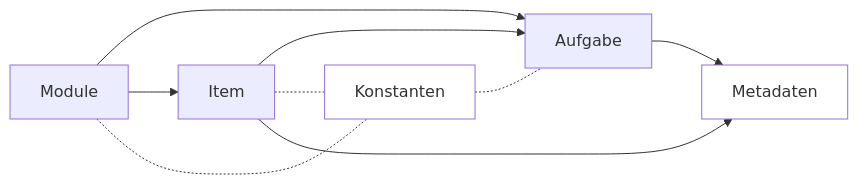
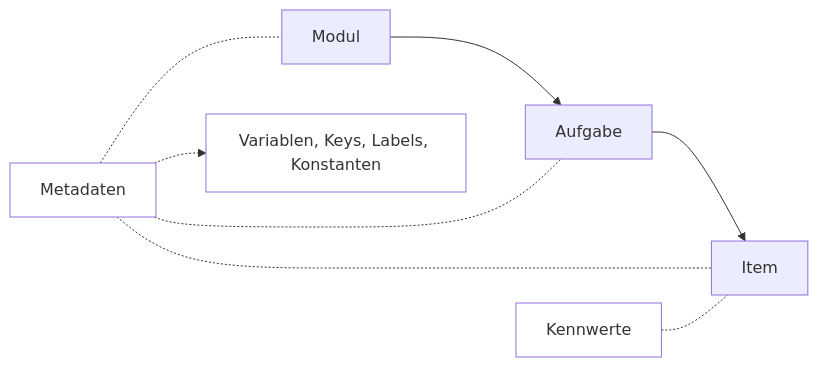
The diagram in intro/index.qmd (iqb-berlin/item-table), drawn with Mermaid before and after one commit. The commit also changed other lines of this file and 5 other files, not shown here.

````diff
--- a/intro/index.qmd
+++ b/intro/index.qmd
@@ -17,13 +19,13 @@
 ```{mermaid}
 flowchart LR
-    S[Konstanten] -.- A[Aufgabe]
-    style S fill:white
-    I[Item] --> A
-    I -.- S
-    A --> M[Metadaten]
-    style M fill:white
-    I --> M
-    D[Module] --> A
-    D --> I
-    D -.- S
+   D[Modul] --> A[Aufgabe]
+   A --> I[Item]
+   M[Metadaten] -.- D
+   M -.-> V[Variablen, Keys, Labels, Konstanten]
+   style M fill:white
+   style V fill:white
+   M -.- A
+   M -.- I
+   K[Kennwerte] -.- I
+   style K fill:white
 ```
````
